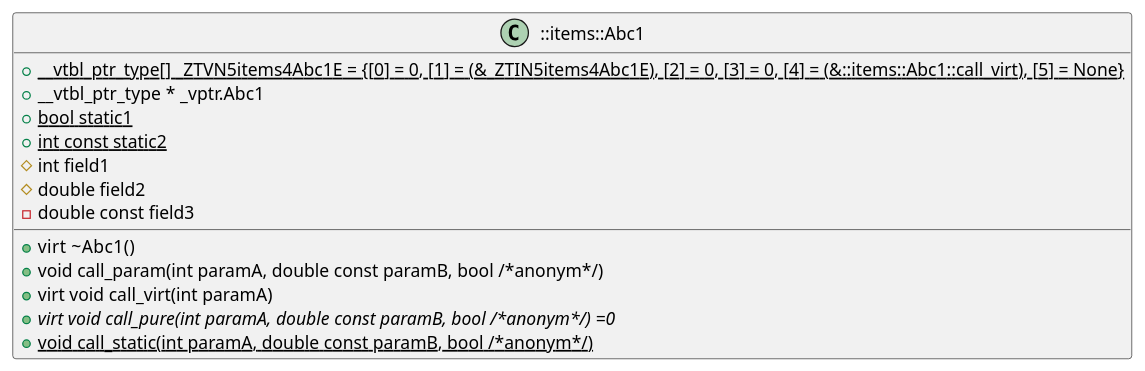
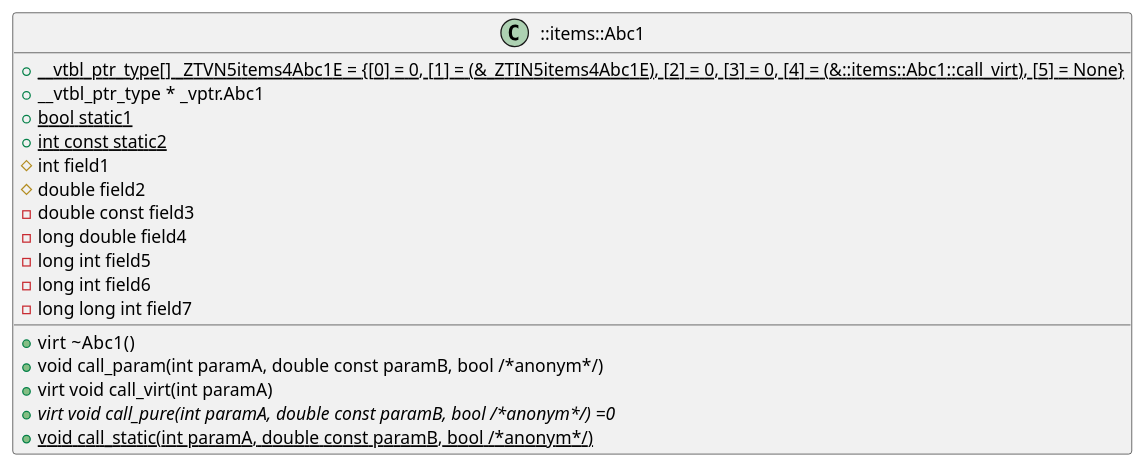
Before and after one commit to anetczuk/gcc-uml: the diagram in examples/inheritgraph/cpp_simple.cpp.puml, drawn with PlantUML. The commit also changed 29 other files, not shown here.

```diff
--- a/examples/inheritgraph/cpp_simple.cpp.puml
+++ b/examples/inheritgraph/cpp_simple.cpp.puml
@@ -1,19 +1,23 @@
 @startuml
 
 class "::items::Abc1" as item_0 {
     {field} {static} + __vtbl_ptr_type[] _ZTVN5items4Abc1E = {[0] = 0, [1] = (&_ZTIN5items4Abc1E), [2] = 0, [3] = 0, [4] = (&::items::Abc1::call_virt), [5] = None}
     {field} + __vtbl_ptr_type * _vptr.Abc1
     {field} {static} + bool static1
     {field} {static} + int const static2
     {field} # int field1
     {field} # double field2
     {field} - double const field3
+    {field} - long double field4
+    {field} - long int field5
+    {field} - long int field6
+    {field} - long long int field7
     {method} +virt  ~Abc1() 
     {method} + void call_param(int paramA, double const paramB, bool /*anonym*/) 
     {method} +virt void call_virt(int paramA) 
     {method} {abstract} +virt void call_pure(int paramA, double const paramB, bool /*anonym*/) =0
     {method} {static} + void call_static(int paramA, double const paramB, bool /*anonym*/) 
 }
 
 
 @enduml
```
